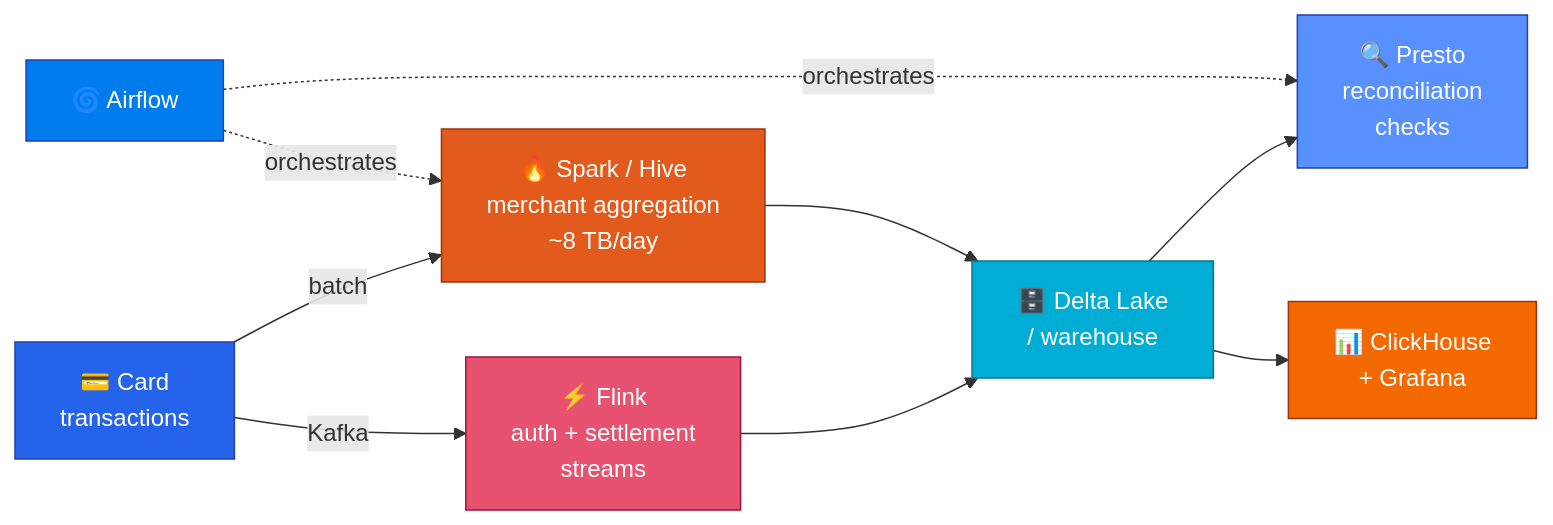
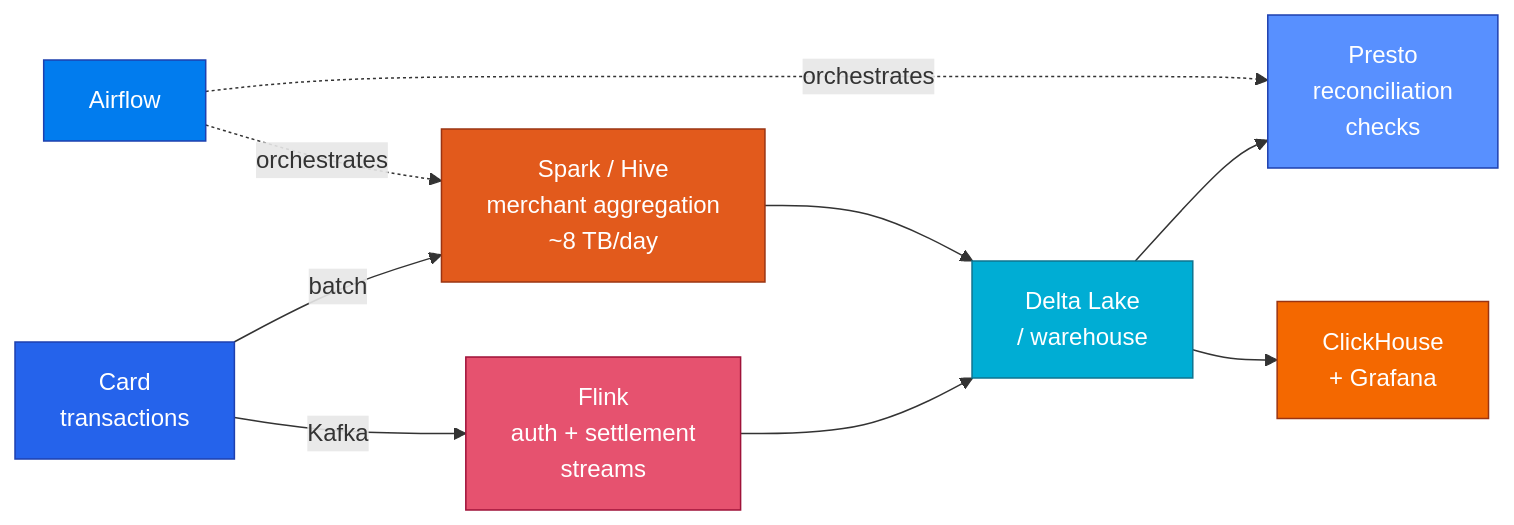
One commit to swapnatondapu7-netizen/swapnatondapu7-netizen changed the diagram in README.md. Above: the diagram before and after it, drawn with Mermaid. The commit also changed other lines of this file, not shown here.

````diff
--- a/README.md
+++ b/README.md
@@ -56,19 +56,19 @@
 ```mermaid
 flowchart LR
-    A["💳 Card<br/>transactions"] -->|Kafka| B["⚡ Flink<br/>auth + settlement<br/>streams"]
-    A -->|batch| C["🔥 Spark / Hive<br/>merchant aggregation<br/>~8 TB/day"]
-    B --> D["🗄️ Delta Lake<br/>/ warehouse"]
+    A["Card<br/>transactions"] -->|Kafka| B["Flink<br/>auth + settlement<br/>streams"]
+    A -->|batch| C["Spark / Hive<br/>merchant aggregation<br/>~8 TB/day"]
+    B --> D["Delta Lake<br/>/ warehouse"]
     C --> D
-    D --> E["🔍 Presto<br/>reconciliation<br/>checks"]
-    D --> F["📊 ClickHouse<br/>+ Grafana"]
-    G["🌀 Airflow"] -.orchestrates.-> C
+    D --> E["Presto<br/>reconciliation<br/>checks"]
+    D --> F["ClickHouse<br/>+ Grafana"]
+    G["Airflow"] -.orchestrates.-> C
     G -.orchestrates.-> E
 
     style A fill:#2563eb,stroke:#1e40af,color:#fff
     style B fill:#e6526f,stroke:#9f1239,color:#fff
     style C fill:#e25a1c,stroke:#9a3412,color:#fff
     style D fill:#00add4,stroke:#0e7490,color:#fff
     style E fill:#5890ff,stroke:#1e40af,color:#fff
     style F fill:#f46800,stroke:#9a3412,color:#fff
     style G fill:#017cee,stroke:#1e40af,color:#fff
 ```
````
